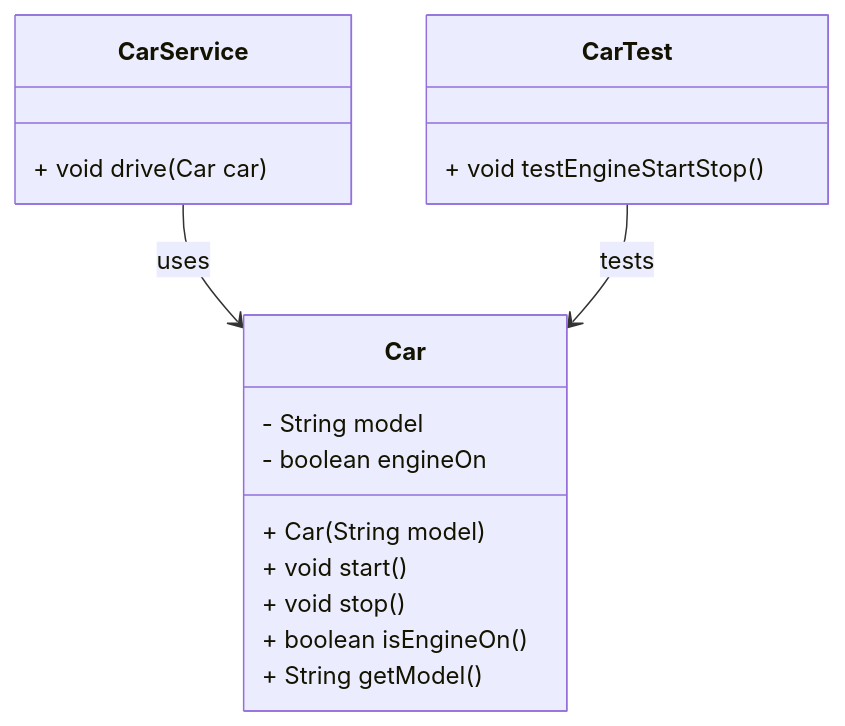
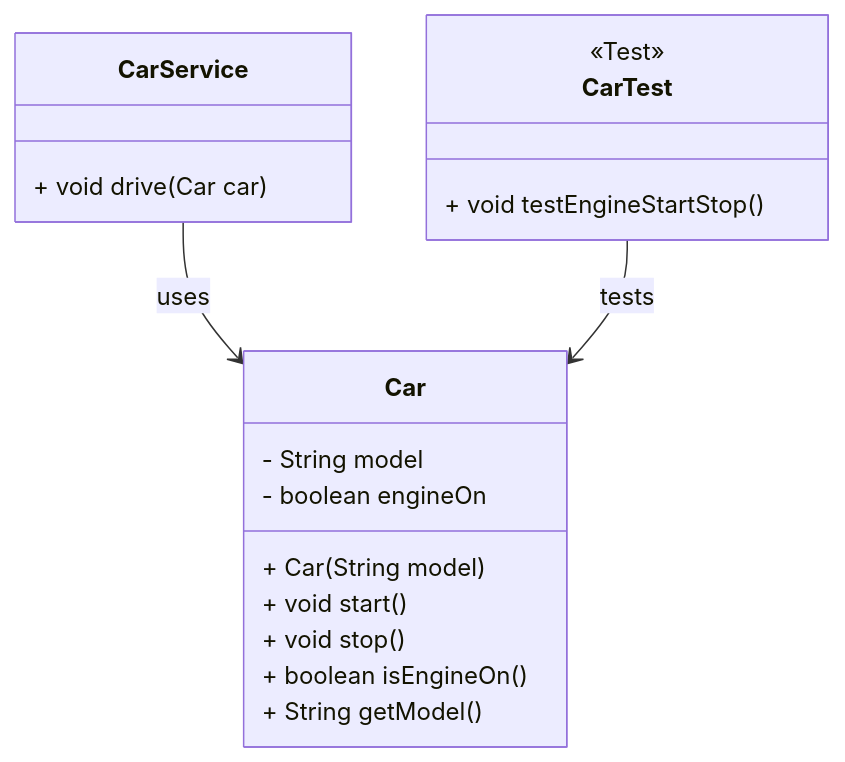
The third of 3 diagrams in docs/block-01_oop-fundamentals/01_basic-concepts.md (carlos-paezf/Object_Oriented_Programming), drawn with Mermaid before and after one commit. The commit also changed 4 other files, not shown here.

Commit message:
docs: Fix mermaid diagrams

````diff
--- a/docs/block-01_oop-fundamentals/01_basic-concepts.md
+++ b/docs/block-01_oop-fundamentals/01_basic-concepts.md
@@ -105,23 +105,24 @@
 ```mermaid
 classDiagram
     class Car {
         - String model
         - boolean engineOn
         + Car(String model)
         + void start()
         + void stop()
         + boolean isEngineOn()
         + String getModel()
     }
 
     class CarService {
         + void drive(Car car)
     }
 
     class CarTest {
+        <<Test>>
         + void testEngineStartStop()
     }
 
     CarService --> Car : uses
     CarTest --> Car : tests
 ```
````
